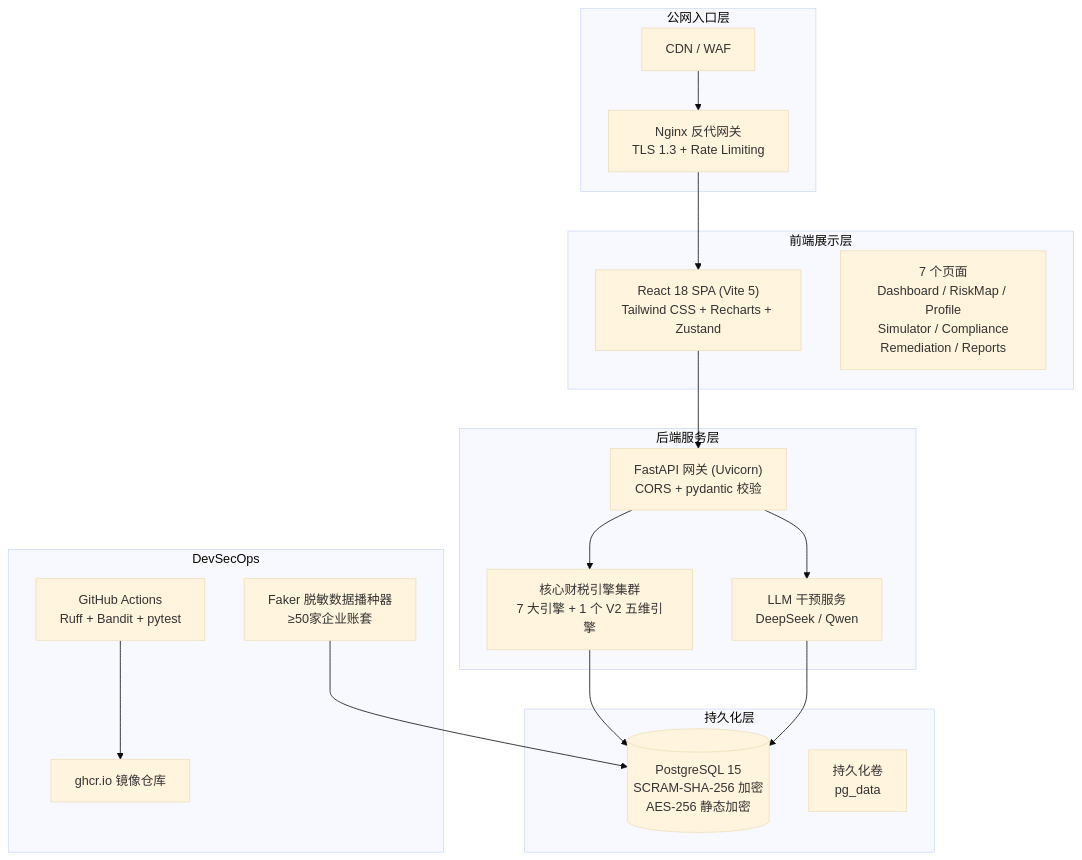
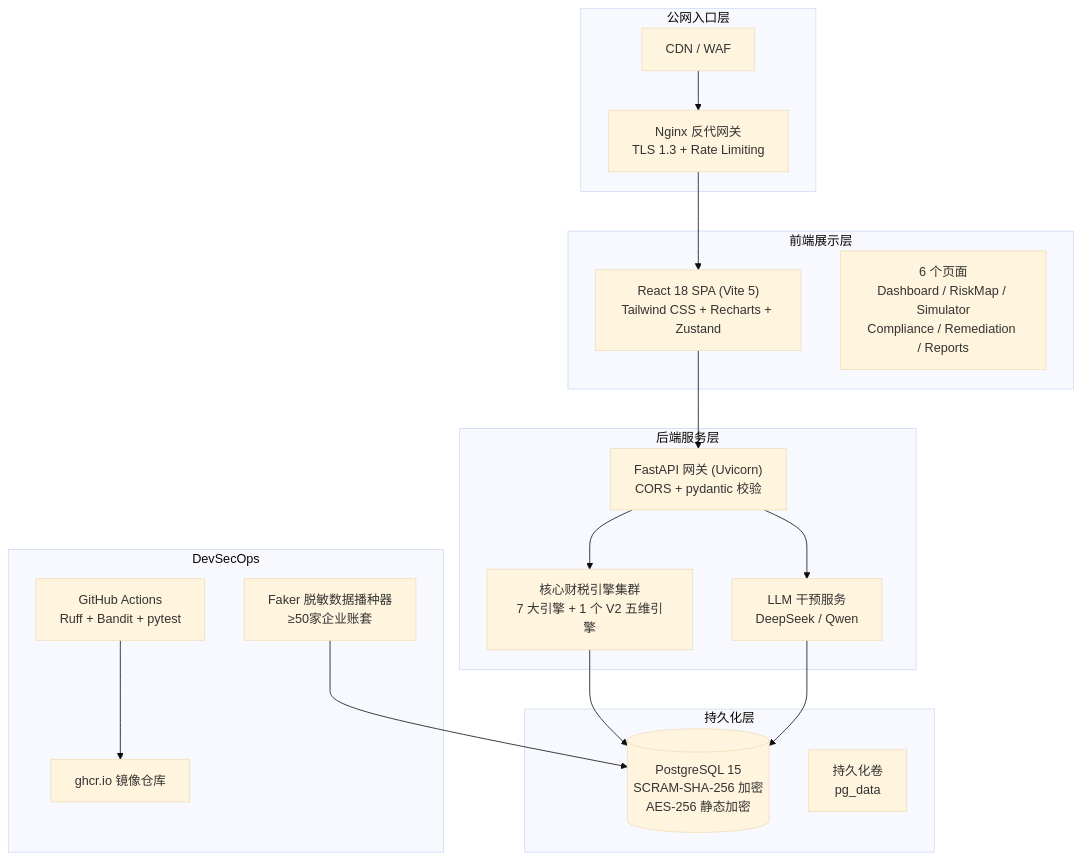
Before and after one commit to chsjchat-alt/mengniu-tax-ai-platform: the first of 6 diagrams in docs/architecture.md, drawn with Mermaid (base theme). The commit also changed other lines of this file and 41 other files, not shown here.

````diff
--- a/docs/architecture.md
+++ b/docs/architecture.md
@@ -24,39 +23,39 @@
 ```mermaid
 graph TB
     subgraph "公网入口层"
         CDN["CDN / WAF"]
         LB["Nginx 反代网关<br/>TLS 1.3 + Rate Limiting"]
     end
 
     subgraph "前端展示层"
         WEB["React 18 SPA (Vite 5)<br/>Tailwind CSS + Recharts + Zustand"]
-        PAGES["7 个页面<br/>Dashboard / RiskMap / Profile<br/>Simulator / Compliance<br/>Remediation / Reports"]
+        PAGES["6 个页面<br/>Dashboard / RiskMap / Simulator<br/>Compliance / Remediation / Reports"]
     end
 
     subgraph "后端服务层"
         API["FastAPI 网关 (Uvicorn)<br/>CORS + pydantic 校验"]
         ENGINES["核心财税引擎集群<br/>7 大引擎 + 1 个 V2 五维引擎"]
         LLM["LLM 干预服务<br/>DeepSeek / Qwen"]
     end
 
     subgraph "持久化层"
         DB[("PostgreSQL 15<br/>SCRAM-SHA-256 加密<br/>AES-256 静态加密")]
         VOL["持久化卷<br/>pg_data"]
     end
 
     subgraph "DevSecOps"
         CI["GitHub Actions<br/>Ruff + Bandit + pytest"]
         REGISTRY["ghcr.io 镜像仓库"]
         SEEDER["Faker 脱敏数据播种器<br/>≥50家企业账套"]
     end
 
     CDN --> LB
     LB --> WEB
     WEB --> API
     API --> ENGINES
     API --> LLM
     ENGINES --> DB
     LLM --> DB
     CI --> REGISTRY
     SEEDER --> DB
 ```
````
